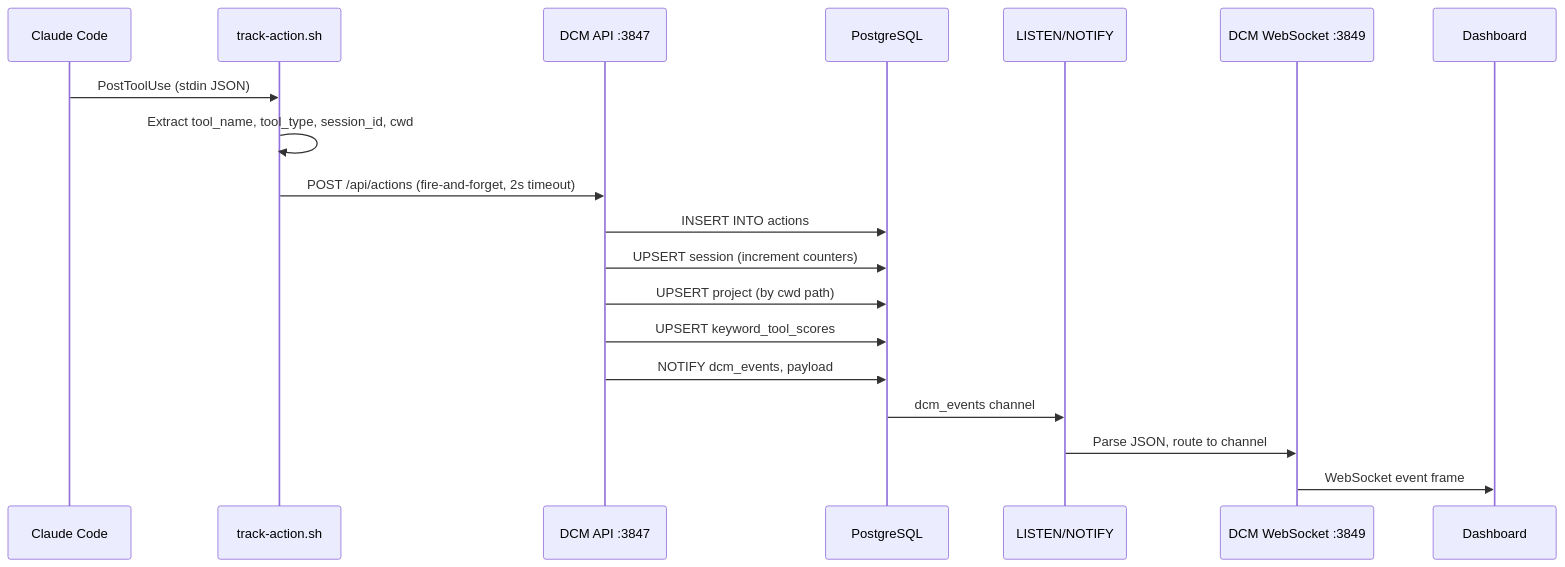
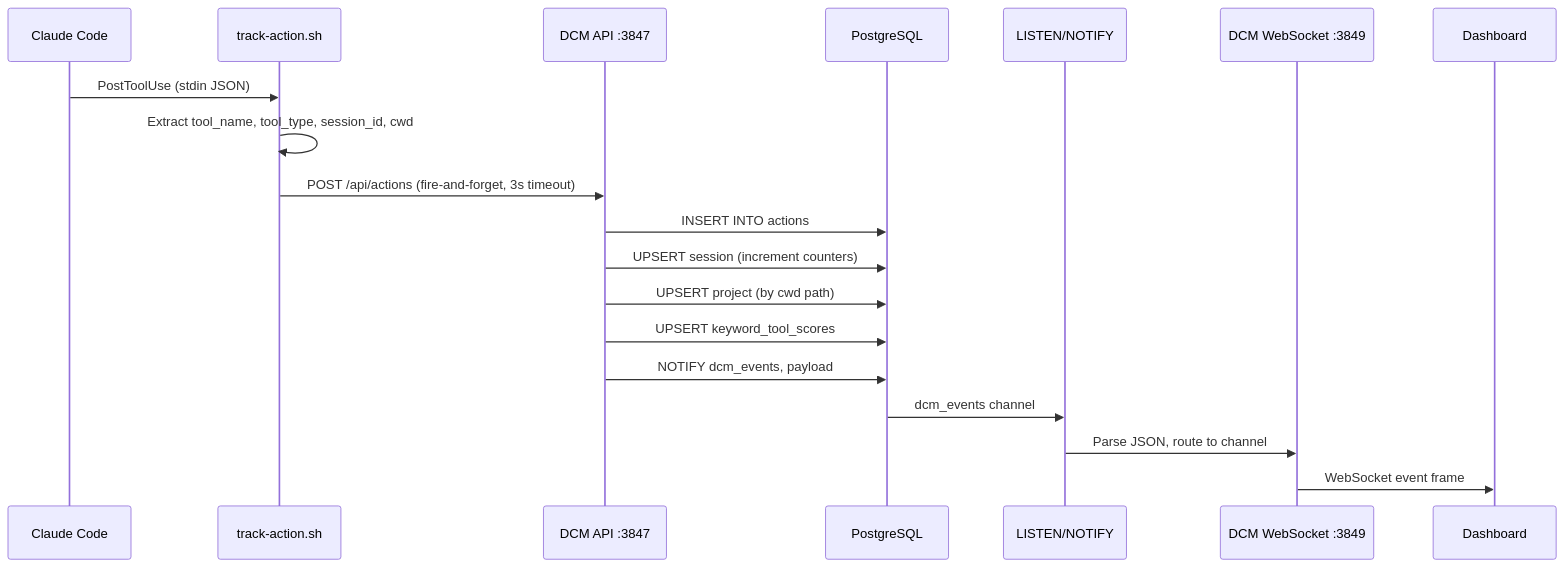
The fifth of 9 diagrams in docs/ARCHITECTURE.md (ronylicha/Claude-DCM), drawn with Mermaid before and after one commit. The commit also changed other lines of this file and 11 other files, not shown here.

````diff
--- a/docs/ARCHITECTURE.md
+++ b/docs/ARCHITECTURE.md
@@ -194,22 +568,22 @@
 ```mermaid
 sequenceDiagram
     participant CC as Claude Code
     participant Hook as track-action.sh
     participant API as DCM API :3847
     participant DB as PostgreSQL
     participant Bridge as LISTEN/NOTIFY
     participant WS as DCM WebSocket :3849
     participant Dash as Dashboard
 
     CC->>Hook: PostToolUse (stdin JSON)
     Hook->>Hook: Extract tool_name, tool_type, session_id, cwd
-    Hook->>API: POST /api/actions (fire-and-forget, 2s timeout)
+    Hook->>API: POST /api/actions (fire-and-forget, 3s timeout)
     API->>DB: INSERT INTO actions
     API->>DB: UPSERT session (increment counters)
     API->>DB: UPSERT project (by cwd path)
     API->>DB: UPSERT keyword_tool_scores
     API->>DB: NOTIFY dcm_events, payload
     DB->>Bridge: dcm_events channel
     Bridge->>WS: Parse JSON, route to channel
     WS->>Dash: WebSocket event frame
 ```
````
